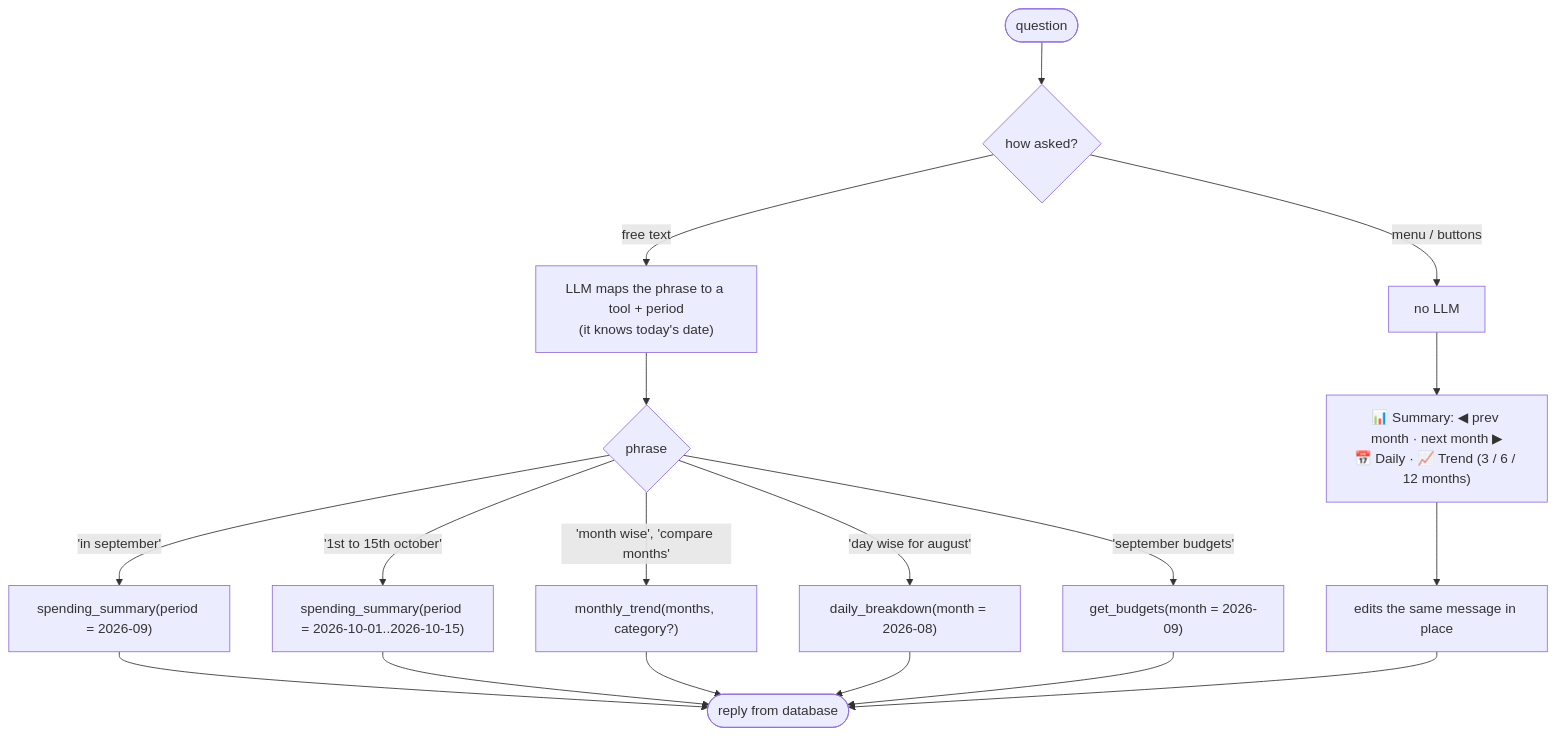
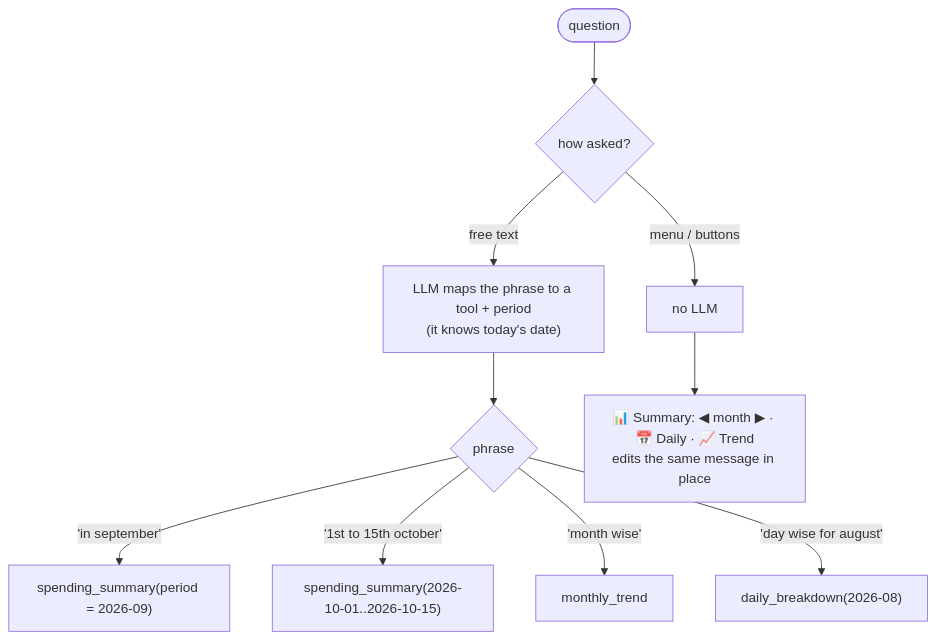
One commit to yeturu-surya-fission/Expense_Tracker changed diagram 12 of 12 in docs/FLOWS.md. Above: the diagram before and after it, drawn with Mermaid. The commit also changed other lines of this file and 3 other files, not shown here.

Commit message:
state diagram added

````diff
--- a/docs/FLOWS.md
+++ b/docs/FLOWS.md
@@ -220,22 +292,12 @@
 ```mermaid
 flowchart TD
     Q(["question"]) --> HOW{"how asked?"}
     HOW -->|"menu / buttons"| BTN["no LLM"]
     HOW -->|"free text"| LLM["LLM maps the phrase to a tool + period<br/>(it knows today's date)"]
-
     LLM --> MAP{"phrase"}
     MAP -->|"'in september'"| P1["spending_summary(period = 2026-09)"]
-    MAP -->|"'1st to 15th october'"| P2["spending_summary(period = 2026-10-01..2026-10-15)"]
-    MAP -->|"'month wise', 'compare months'"| P3["monthly_trend(months, category?)"]
-    MAP -->|"'day wise for august'"| P4["daily_breakdown(month = 2026-08)"]
-    MAP -->|"'september budgets'"| P5["get_budgets(month = 2026-09)"]
-
-    BTN --> NAV["📊 Summary: ◀ prev month · next month ▶<br/>📅 Daily · 📈 Trend (3 / 6 / 12 months)"]
-    NAV --> EDIT["edits the same message in place"]
-    P1 --> RES(["reply from database"])
-    P2 --> RES
-    P3 --> RES
-    P4 --> RES
-    P5 --> RES
-    EDIT --> RES
+    MAP -->|"'1st to 15th october'"| P2["spending_summary(2026-10-01..2026-10-15)"]
+    MAP -->|"'month wise'"| P3["monthly_trend"]
+    MAP -->|"'day wise for august'"| P4["daily_breakdown(2026-08)"]
+    BTN --> NAV["📊 Summary: ◀ month ▶ · 📅 Daily · 📈 Trend<br/>edits the same message in place"]
 ```
````
